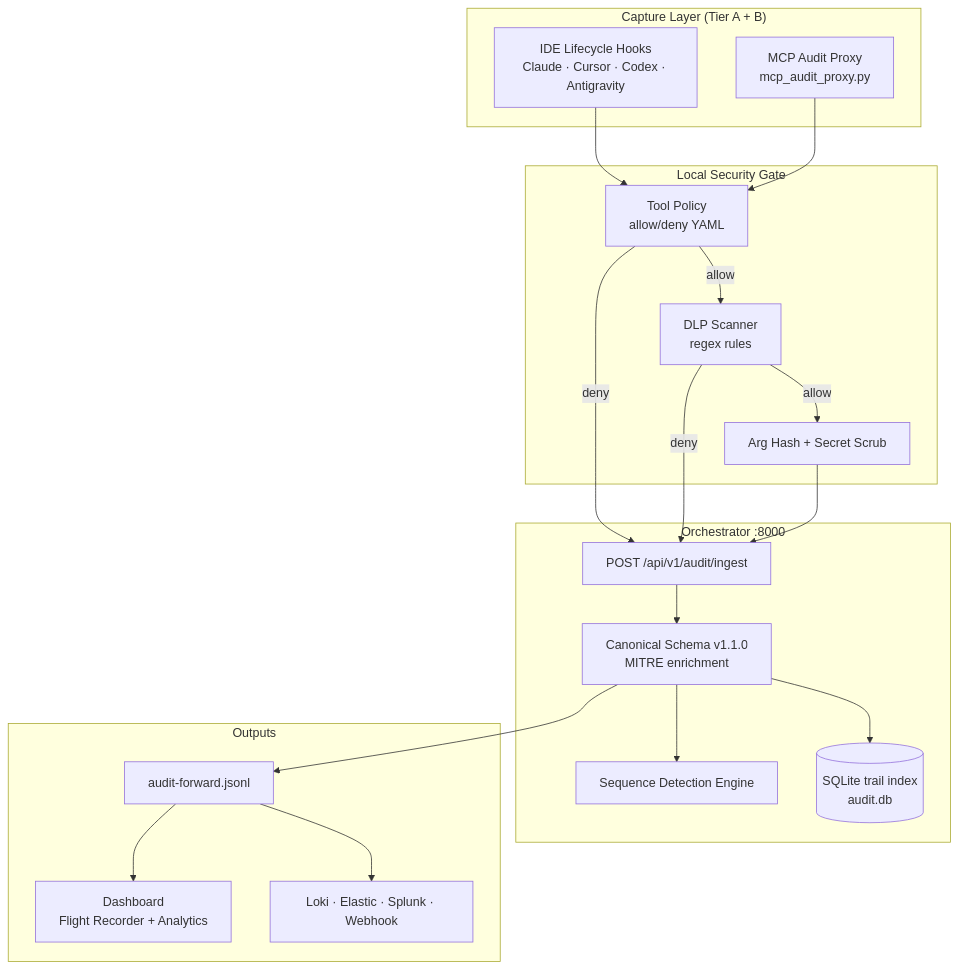
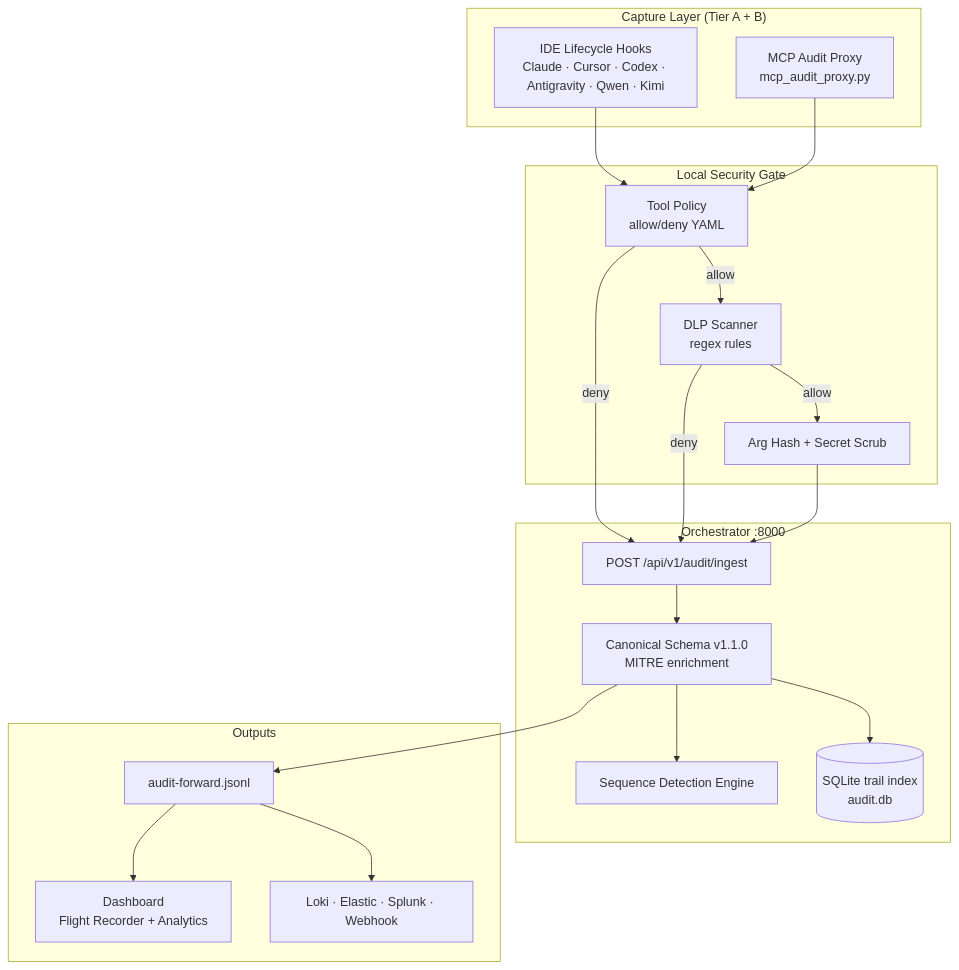
The first of 5 diagrams in README.md (blitzcrieg1/agentmetry), drawn with Mermaid before and after one commit. The commit also changed other lines of this file and 12 other files, not shown here.

First line of the commit message:
feat(capture): Qwen Code and Kimi Code hook adapters

````diff
--- a/README.md
+++ b/README.md
@@ -258,40 +258,40 @@
 ```mermaid
 flowchart TB
   subgraph Capture["Capture Layer (Tier A + B)"]
-    HOOKS["IDE Lifecycle Hooks<br/>Claude · Cursor · Codex · Antigravity"]
+    HOOKS["IDE Lifecycle Hooks<br/>Claude · Cursor · Codex · Antigravity · Qwen · Kimi"]
     PROXY["MCP Audit Proxy<br/>mcp_audit_proxy.py"]
   end
 
   subgraph Gate["Local Security Gate"]
     POLICY["Tool Policy<br/>allow/deny YAML"]
     DLP["DLP Scanner<br/>regex rules"]
     HASH["Arg Hash + Secret Scrub"]
   end
 
   subgraph Core["Orchestrator :8000"]
     INGEST["POST /api/v1/audit/ingest"]
     CANON["Canonical Schema v1.1.0<br/>MITRE enrichment"]
     DETECT["Sequence Detection Engine"]
     TRAILDB[("SQLite trail index<br/>audit.db")]
   end
 
   subgraph Output["Outputs"]
     JSONL["audit-forward.jsonl"]
     DASH["Dashboard<br/>Flight Recorder + Analytics"]
     SIEM["Loki · Elastic · Splunk · Webhook"]
   end
 
   HOOKS --> POLICY
   PROXY --> POLICY
   POLICY -->|allow| DLP
   POLICY -->|deny| INGEST
   DLP -->|allow| HASH
   DLP -->|deny| INGEST
   HASH --> INGEST
   INGEST --> CANON
   CANON --> TRAILDB
   CANON --> JSONL
   CANON --> DETECT
   JSONL --> DASH
   JSONL --> SIEM
 ```
````
